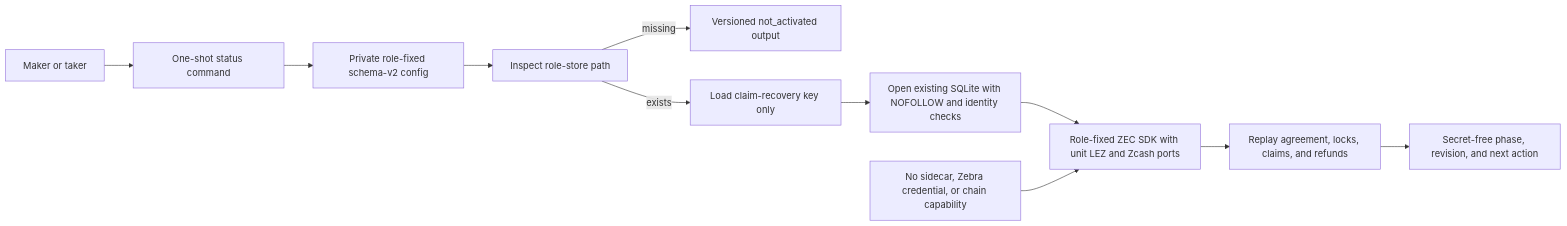
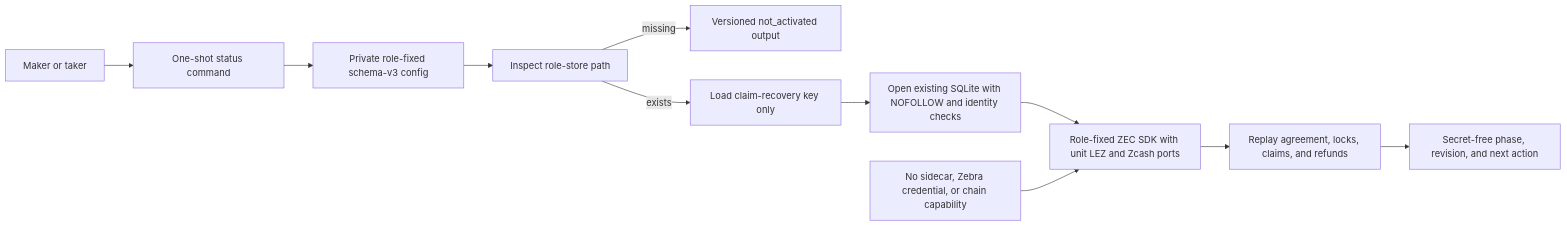
Diagram 11 of 12 in docs/architecture/system-architecture.md (gateway-fm/lez-atomic-swaps), drawn with Mermaid before and after one commit. The commit also changed other lines of this file and 33 other files, not shown here.

````diff
--- a/docs/architecture/system-architecture.md
+++ b/docs/architecture/system-architecture.md
@@ -821,13 +916,13 @@
 ```mermaid
 flowchart LR
     User["Maker or taker"] --> Command["One-shot status command"]
-    Command --> Config["Private role-fixed schema-v2 config"]
+    Command --> Config["Private role-fixed schema-v3 config"]
     Config --> Inspect["Inspect role-store path"]
     Inspect -->|"missing"| Missing["Versioned not_activated output"]
     Inspect -->|"exists"| Material["Load claim-recovery key only"]
     Material --> Open["Open existing SQLite with NOFOLLOW and identity checks"]
     Open --> SDK["Role-fixed ZEC SDK with unit LEZ and Zcash ports"]
     NoChain["No sidecar, Zebra credential, or chain capability"] --> SDK
     SDK --> Replay["Replay agreement, locks, claims, and refunds"]
     Replay --> Output["Secret-free phase, revision, and next action"]
 ```
````
